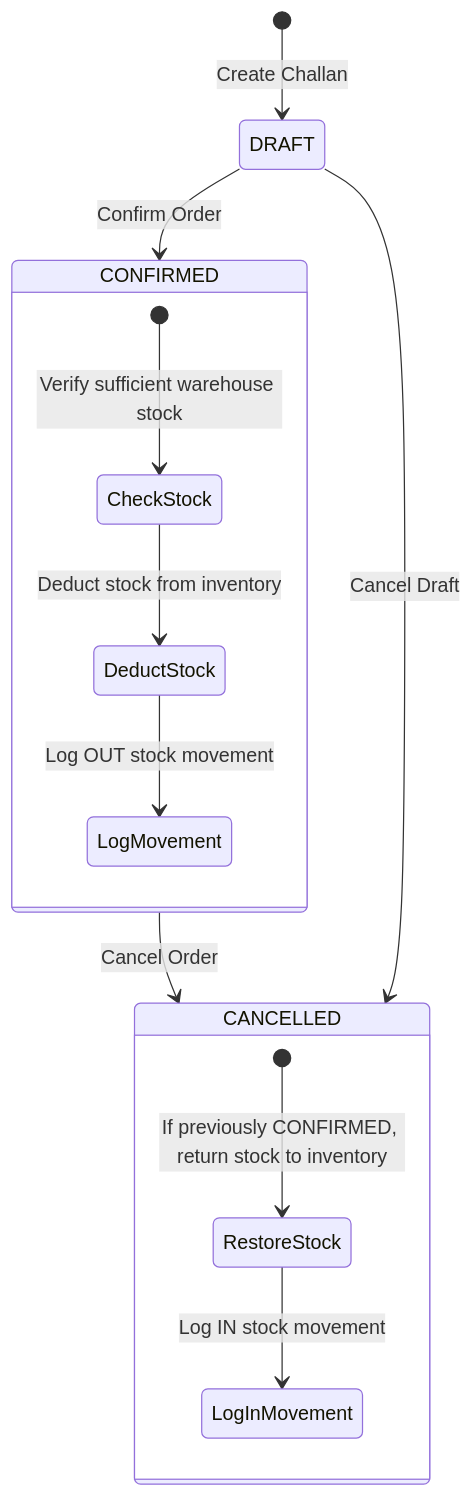
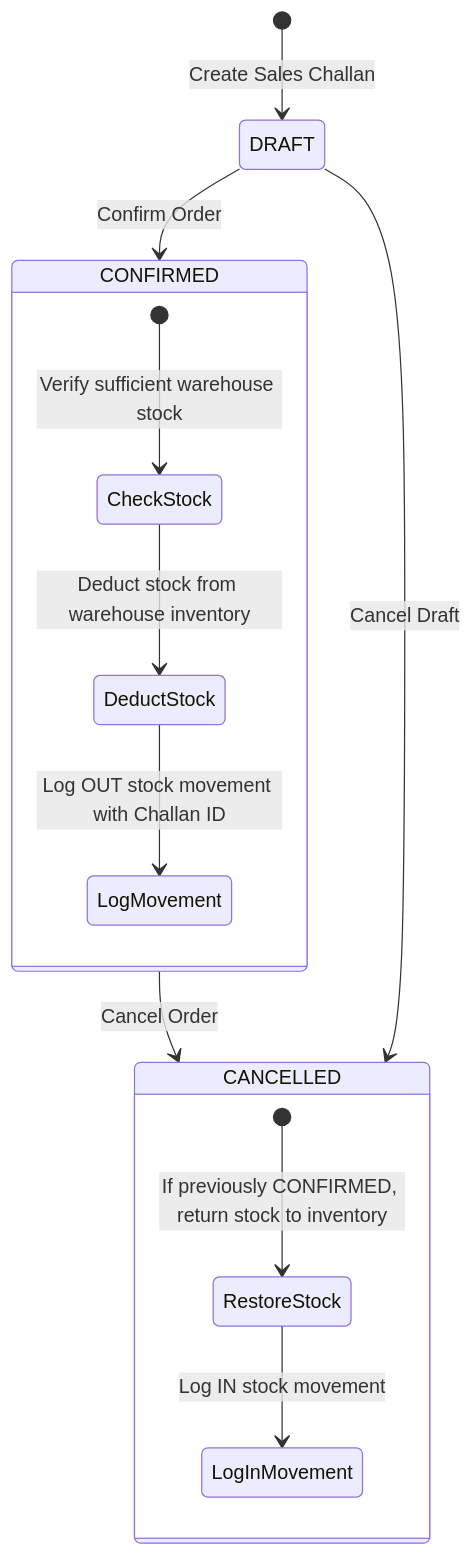
Before and after one commit to ManishPatidar806/Enterprise-Mini-ERP-CRM-Operations-Portal: the third of 3 diagrams in README.md, drawn with Mermaid. The commit also changed other lines of this file and 2 other files, not shown here.

````diff
--- a/README.md
+++ b/README.md
@@ -95,18 +141,18 @@
 ```mermaid
 stateDiagram-v2
-    [*] --> DRAFT : Create Challan
+    [*] --> DRAFT : Create Sales Challan
     DRAFT --> CONFIRMED : Confirm Order
     CONFIRMED --> CANCELLED : Cancel Order
     DRAFT --> CANCELLED : Cancel Draft
 
     state CONFIRMED {
         [*] --> CheckStock : Verify sufficient warehouse stock
-        CheckStock --> DeductStock : Deduct stock from inventory
-        DeductStock --> LogMovement : Log OUT stock movement
+        CheckStock --> DeductStock : Deduct stock from warehouse inventory
+        DeductStock --> LogMovement : Log OUT stock movement with Challan ID
     }
 
     state CANCELLED {
         [*] --> RestoreStock : If previously CONFIRMED, return stock to inventory
         RestoreStock --> LogInMovement : Log IN stock movement
     }
 ```
````
